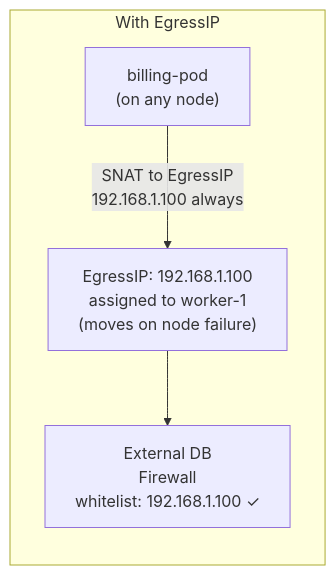
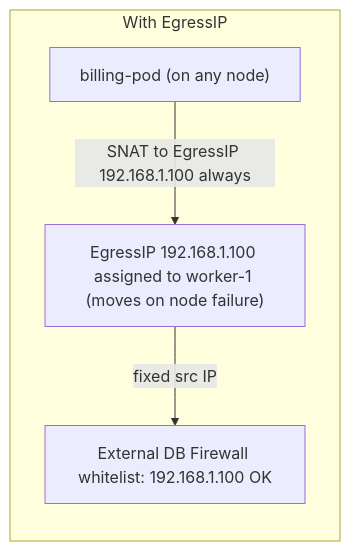
The second of 3 diagrams in lessons/28-openshift-egress.md (MykolaLebid/Kubernetes_networking_engineering), drawn with Mermaid before and after one commit. The commit also changed other lines of this file and 35 other files, not shown here.

First line of the commit message:
Restructure all 34 lessons: Theory/Practice split, richer diagrams, industry examples, navigation

````diff
--- a/lessons/28-openshift-egress.md
+++ b/lessons/28-openshift-egress.md
@@ -50,9 +34,9 @@
 ```mermaid
 flowchart LR
     subgraph With["With EgressIP"]
-        P2A["billing-pod\n(on any node)"]
-        EIP["EgressIP: 192.168.1.100\nassigned to worker-1\n(moves on node failure)"]
-        FW2["External DB\nFirewall\nwhitelist: 192.168.1.100 ✓"]
+        P2A["billing-pod (on any node)"]
+        EIP["EgressIP 192.168.1.100 assigned to worker-1 (moves on node failure)"]
+        FW2["External DB Firewall whitelist: 192.168.1.100 OK"]
     end
-    P2A -- "SNAT to EgressIP\n192.168.1.100 always" --> EIP --> FW2
+    P2A --"SNAT to EgressIP 192.168.1.100 always"--> EIP --"fixed src IP"--> FW2
 ```
````
